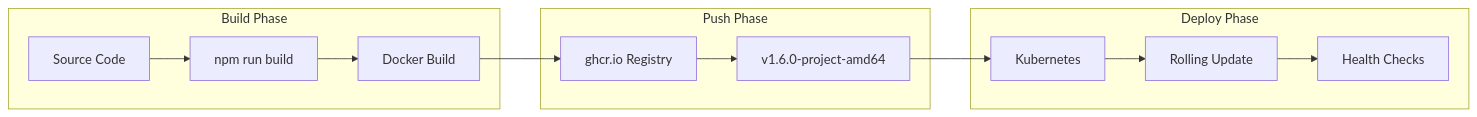
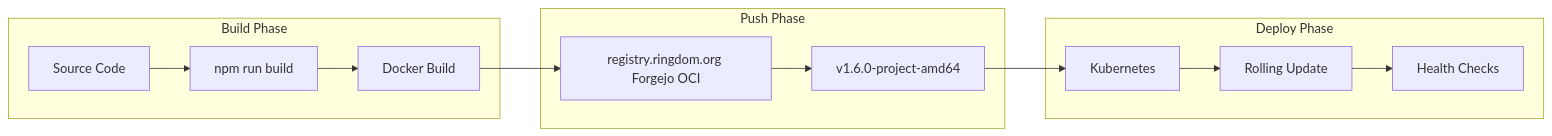
Before and after one commit to connectplatform/ring: the eighth of 10 diagrams in README.md, drawn with Mermaid. The commit also changed other lines of this file and 1193 other files, not shown here.

````diff
--- a/README.md
+++ b/README.md
@@ -1001,27 +1001,27 @@
 ```mermaid
 flowchart LR
     subgraph Build["Build Phase"]
         CODE[Source Code]
         NPM[npm run build]
         DOCKER[Docker Build]
     end
     
     subgraph Push["Push Phase"]
-        GHCR[ghcr.io Registry]
+        FORGE[registry.ringdom.org Forgejo OCI]
         TAG[v1.6.0-project-amd64]
     end
     
     subgraph Deploy["Deploy Phase"]
         K8S[Kubernetes]
         ROLL[Rolling Update]
         HEALTH[Health Checks]
     end
     
     CODE --> NPM
     NPM --> DOCKER
-    DOCKER --> GHCR
-    GHCR --> TAG
+    DOCKER --> FORGE
+    FORGE --> TAG
     TAG --> K8S
     K8S --> ROLL
     ROLL --> HEALTH
 ```
````
